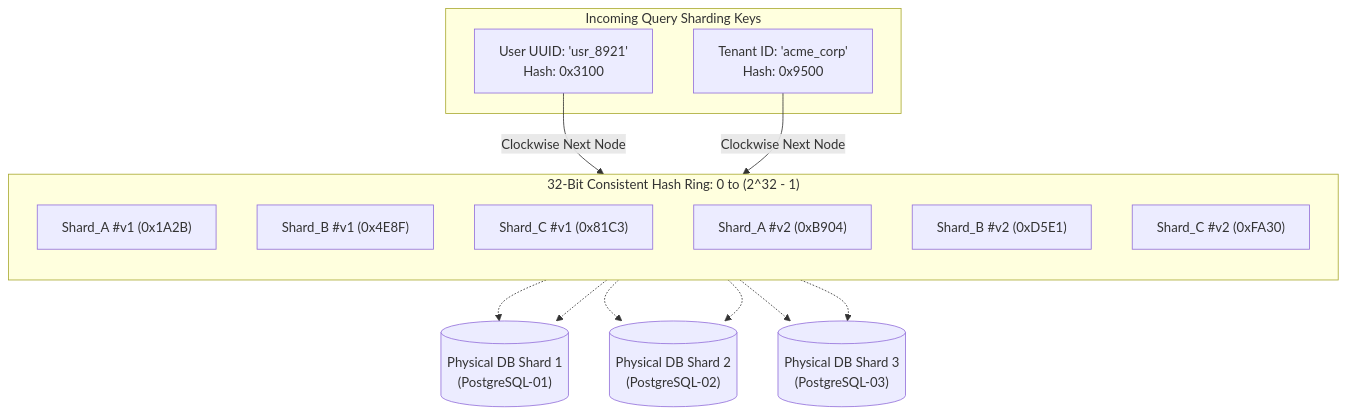
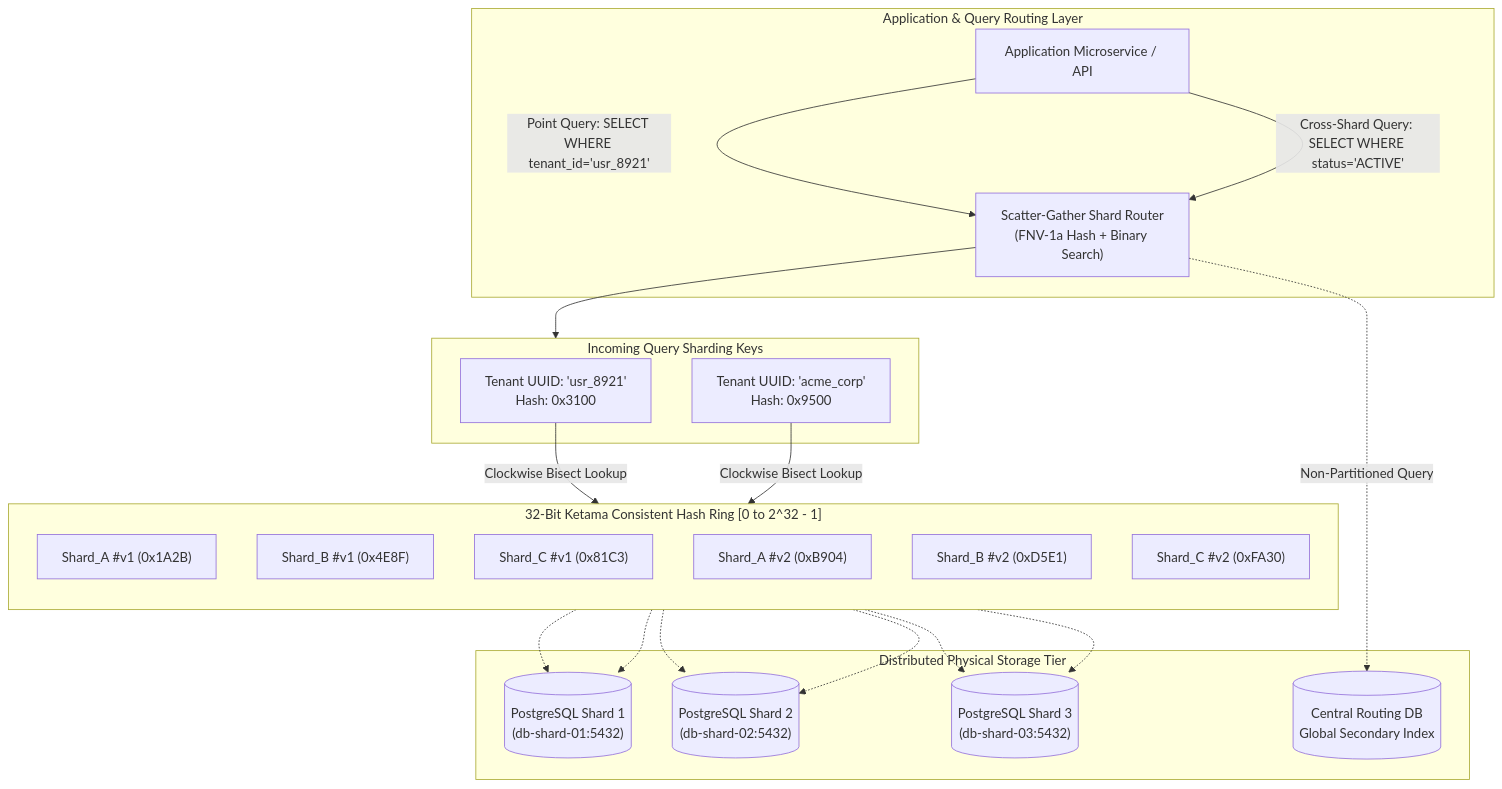
The diagram in docs/system-design/database-sharding-consistent-hashing/overview.md (software-blueprints-hq/software-blueprints), drawn with Mermaid before and after one commit. The commit also changed other lines of this file and 3 other files, not shown here.

````diff
--- a/docs/system-design/database-sharding-consistent-hashing/overview.md
+++ b/docs/system-design/database-sharding-consistent-hashing/overview.md
@@ -25,27 +29,45 @@
 ```mermaid
 flowchart TD
-    subgraph HashRing ["32-Bit Consistent Hash Ring: 0 to (2^32 - 1)"]
+    subgraph ClientLayer ["Application & Query Routing Layer"]
+        AppServer["Application Microservice / API"]
+        Router["Scatter-Gather Shard Router\n(FNV-1a Hash + Binary Search)"]
+    end
+
+    subgraph HashRing ["32-Bit Ketama Consistent Hash Ring [0 to 2^32 - 1]"]
         direction TB
         VNodeA1["Shard_A #v1 (0x1A2B)"]
         VNodeB1["Shard_B #v1 (0x4E8F)"]
         VNodeC1["Shard_C #v1 (0x81C3)"]
         VNodeA2["Shard_A #v2 (0xB904)"]
         VNodeB2["Shard_B #v2 (0xD5E1)"]
         VNodeC2["Shard_C #v2 (0xFA30)"]
     end
 
     subgraph Keys ["Incoming Query Sharding Keys"]
-        Key1["User UUID: 'usr_8921'\nHash: 0x3100"]
-        Key2["Tenant ID: 'acme_corp'\nHash: 0x9500"]
+        Key1["Tenant UUID: 'usr_8921'\nHash: 0x3100"]
+        Key2["Tenant UUID: 'acme_corp'\nHash: 0x9500"]
     end
 
-    Key1 -->|Clockwise Next Node| VNodeB1
-    Key2 -->|Clockwise Next Node| VNodeA2
+    subgraph ShardStorage ["Distributed Physical Storage Tier"]
+        PhysicalA[("PostgreSQL Shard 1\n(db-shard-01:5432)")]
+        PhysicalB[("PostgreSQL Shard 2\n(db-shard-02:5432)")]
+        PhysicalC[("PostgreSQL Shard 3\n(db-shard-03:5432)")]
+        GSI_DB[("Central Routing DB\nGlobal Secondary Index")]
+    end
 
-    VNodeA1 -.-> PhysicalA[("Physical DB Shard 1\n(PostgreSQL-01)")]
+    AppServer -->|Point Query: SELECT WHERE tenant_id='usr_8921'| Router
+    AppServer -->|Cross-Shard Query: SELECT WHERE status='ACTIVE'| Router
+    Router --> Keys
+
+    Key1 -->|Clockwise Bisect Lookup| VNodeB1
+    Key2 -->|Clockwise Bisect Lookup| VNodeA2
+
+    VNodeA1 -.-> PhysicalA
     VNodeA2 -.-> PhysicalA
-    VNodeB1 -.-> PhysicalB[("Physical DB Shard 2\n(PostgreSQL-02)")]
+    VNodeB1 -.-> PhysicalB
     VNodeB2 -.-> PhysicalB
-    VNodeC1 -.-> PhysicalC[("Physical DB Shard 3\n(PostgreSQL-03)")]
+    VNodeC1 -.-> PhysicalC
     VNodeC2 -.-> PhysicalC
+
+    Router -.->|Non-Partitioned Query| GSI_DB
 ```
````
